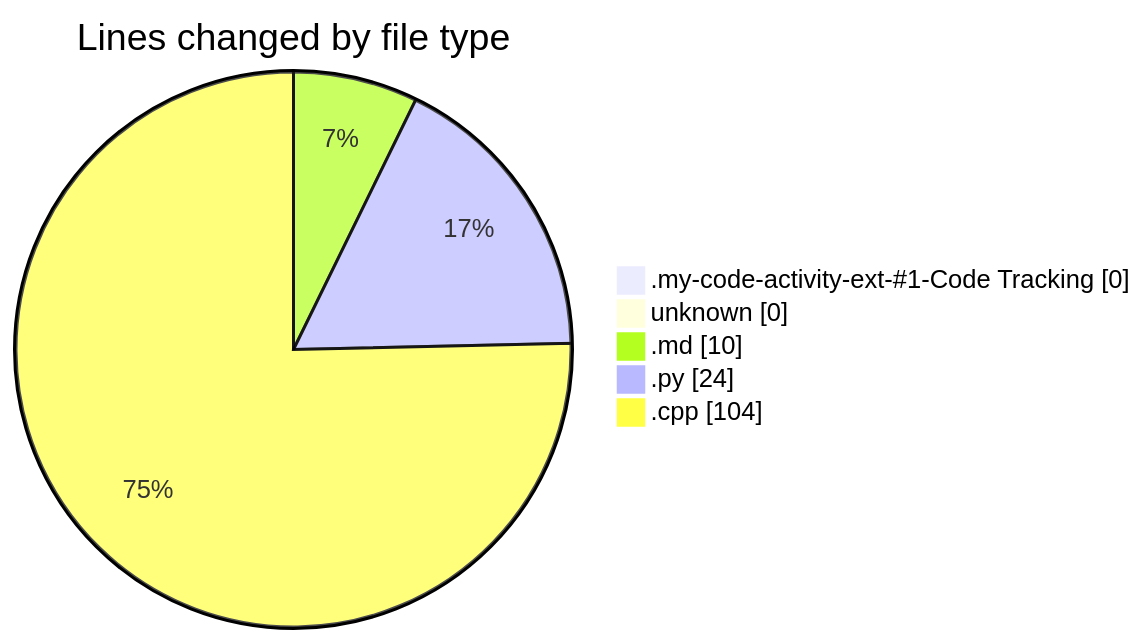
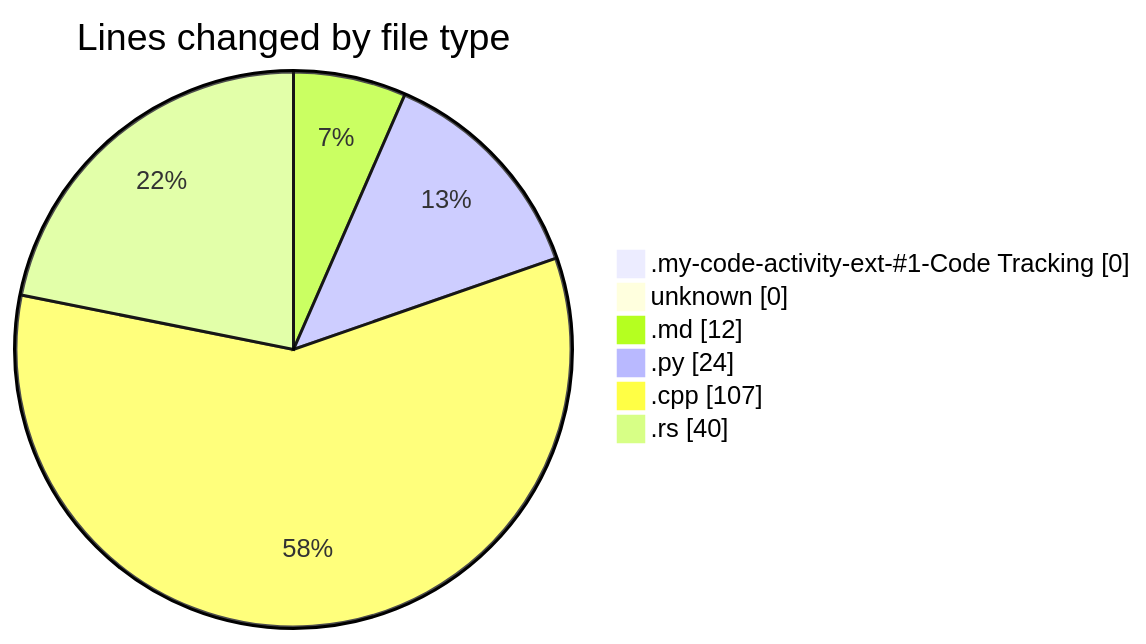
The first of 2 diagrams in repositories/2024-12-26/leetcode-solutions/README.md (ernivani/code-tracking), drawn with Mermaid before and after one commit. The commit also changed other lines of this file and 1 other file, not shown here.

````diff
--- a/repositories/2024-12-26/leetcode-solutions/README.md
+++ b/repositories/2024-12-26/leetcode-solutions/README.md
@@ -24,9 +27,10 @@
 ```mermaid
 pie showData
 title Lines changed by file type
 ".my-code-activity-ext-#1-Code Tracking" : 0
 "unknown" : 0
-".md" : 10
+".md" : 12
 ".py" : 24
-".cpp" : 104
+".cpp" : 107
+".rs" : 40
 ```
````
